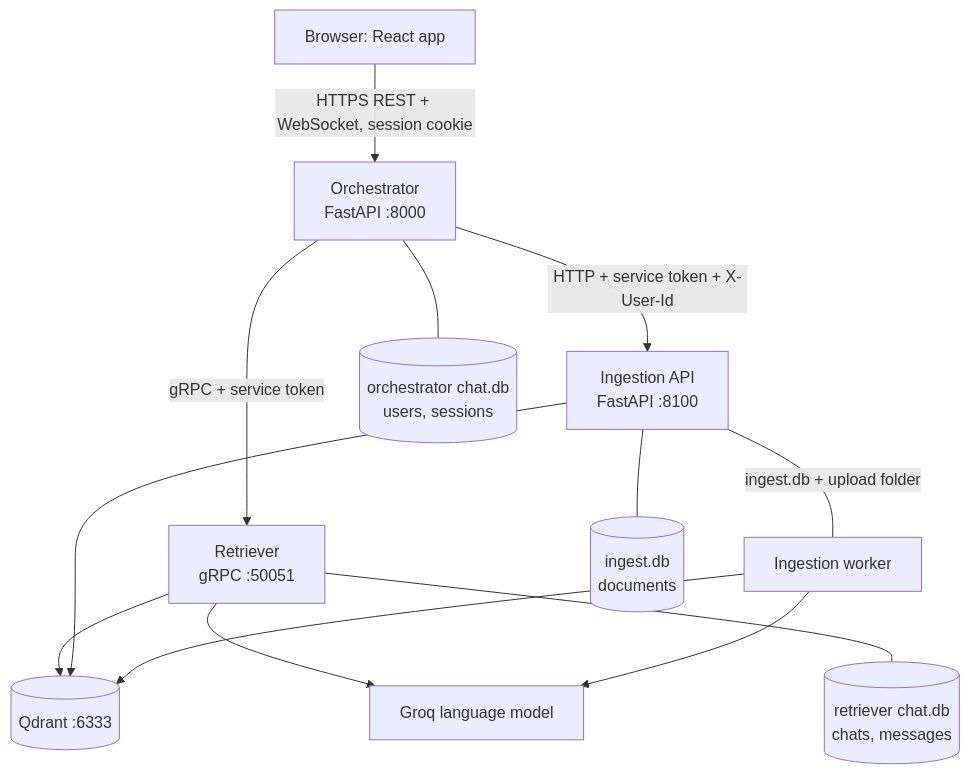
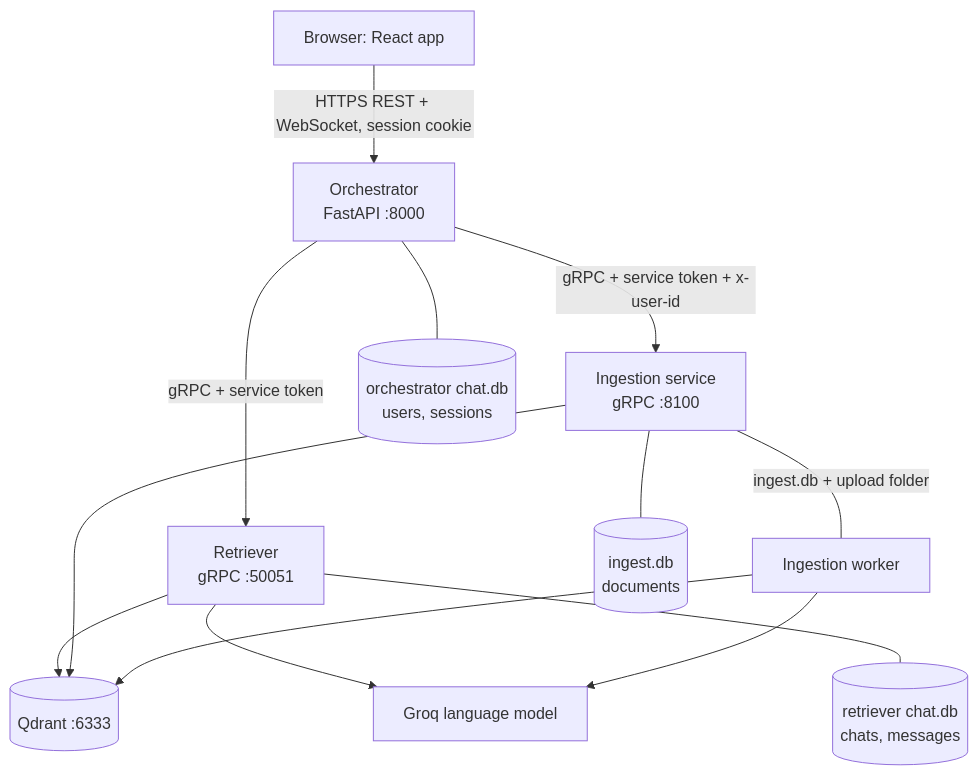
One commit to Suvekshyajha/bp_app changed the first of 4 diagrams in docs/PROJECT_GUIDE.md. Above: the diagram before and after it, drawn with Mermaid. The commit also changed other lines of this file and 28 other files, not shown here.

````diff
--- a/docs/PROJECT_GUIDE.md
+++ b/docs/PROJECT_GUIDE.md
@@ -43,15 +43,15 @@
 ```mermaid
 graph TD
     B[Browser: React app] -- "HTTPS REST + WebSocket, session cookie" --> O[Orchestrator<br/>FastAPI :8000]
     O -- "gRPC + service token" --> R[Retriever<br/>gRPC :50051]
-    O -- "HTTP + service token + X-User-Id" --> I[Ingestion API<br/>FastAPI :8100]
+    O -- "gRPC + service token + x-user-id" --> I[Ingestion service<br/>gRPC :8100]
     I -- "ingest.db + upload folder" --- W[Ingestion worker]
     R --> Q[(Qdrant :6333)]
     I --> Q
     W --> Q
     R --> G[Groq language model]
     W --> G
     O --- DB1[(orchestrator chat.db<br/>users, sessions)]
     R --- DB2[(retriever chat.db<br/>chats, messages)]
     I --- DB3[(ingest.db<br/>documents)]
 ```
````
